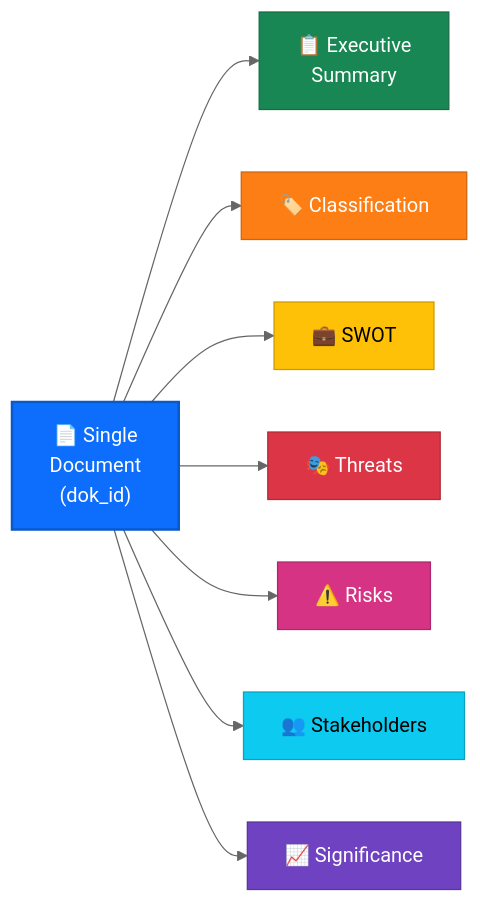
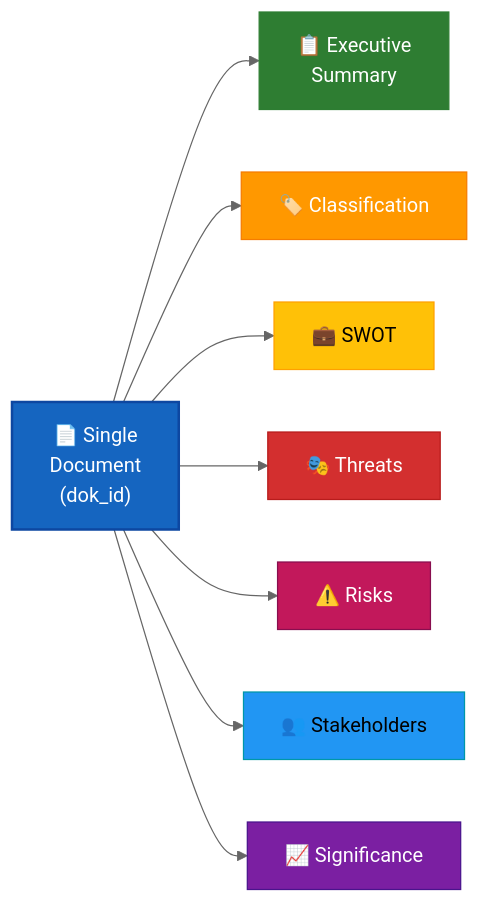
Before and after one commit to Hack23/riksdagsmonitor: the third of 9 diagrams in analysis/templates/README.md, drawn with Mermaid (neutral theme). The commit also changed other lines of this file and 14 other files, not shown here.

First line of the commit message:
Align analysis/ mermaid diagrams with ISMS Style Guide palette and convert SWOT to quadrantChart

````diff
--- a/analysis/templates/README.md
+++ b/analysis/templates/README.md
@@ -256,19 +256,19 @@
 ```mermaid
 flowchart LR
     DOC["📄 Single<br/>Document<br/>(dok_id)"] --> EXEC["📋 Executive<br/>Summary"]
     DOC --> CLASS_S["🏷️ Classification"]
     DOC --> SWOT_S["💼 SWOT"]
     DOC --> THREAT_S["🎭 Threats"]
     DOC --> RISK_S["⚠️ Risks"]
     DOC --> STAKE_S["👥 Stakeholders"]
     DOC --> SIG_S["📈 Significance"]
 
-    style DOC fill:#0d6efd,color:#fff,stroke:#0a58ca,stroke-width:2px
-    style EXEC fill:#198754,color:#fff,stroke:#146c43
-    style CLASS_S fill:#fd7e14,color:#fff,stroke:#ca6510
-    style SWOT_S fill:#ffc107,color:#000,stroke:#cc9a06
-    style THREAT_S fill:#dc3545,color:#fff,stroke:#b02a37
-    style RISK_S fill:#d63384,color:#fff,stroke:#ab296a
-    style STAKE_S fill:#0dcaf0,color:#000,stroke:#0aa2c0
-    style SIG_S fill:#6f42c1,color:#fff,stroke:#59359a
+    style DOC fill:#1565C0,color:#FFFFFF,stroke:#0D47A1,stroke-width:2px
+    style EXEC fill:#2E7D32,color:#FFFFFF,stroke:#2E7D32
+    style CLASS_S fill:#FF9800,color:#FFFFFF,stroke:#F57C00
+    style SWOT_S fill:#FFC107,color:#000000,stroke:#FFA000
+    style THREAT_S fill:#D32F2F,color:#FFFFFF,stroke:#B71C1C
+    style RISK_S fill:#C2185B,color:#FFFFFF,stroke:#880E4F
+    style STAKE_S fill:#2196F3,color:#000000,stroke:#0097A7
+    style SIG_S fill:#7B1FA2,color:#FFFFFF,stroke:#4A148C
 ```
````
